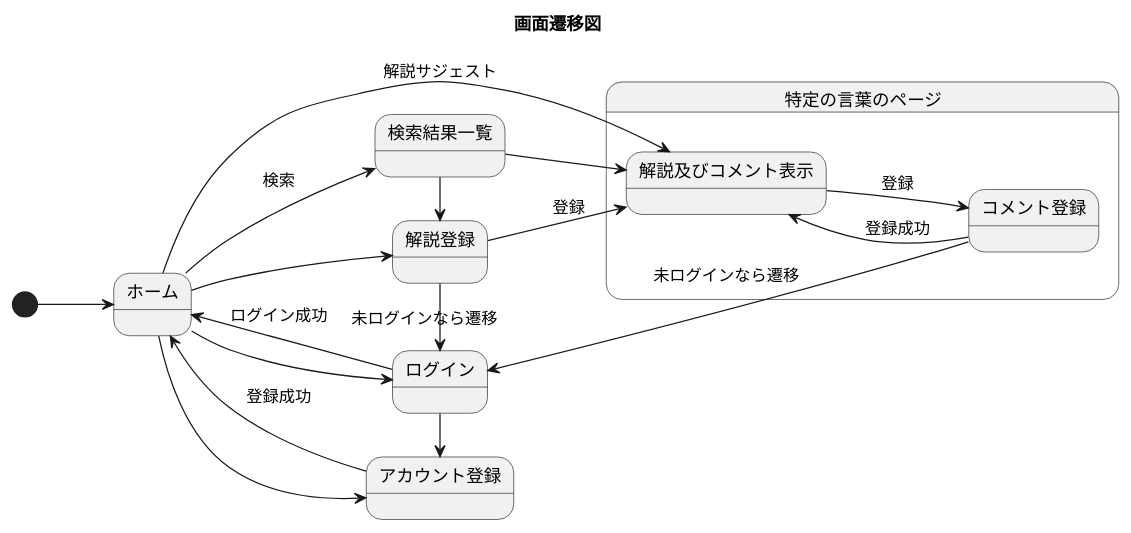
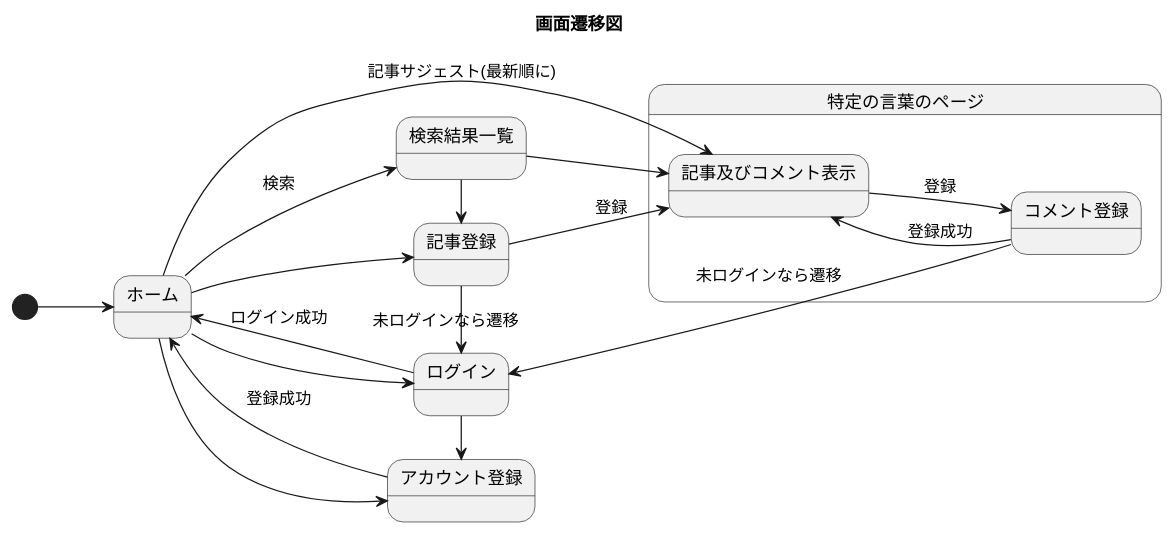
Before and after one commit to yu-suke0919/dxd_glossary_rails: the diagram in docs/plantuml/アプリ_画面遷移図.pu, drawn with PlantUML.

Commit message:
仕様に合わせてワードを統一

```diff
--- a/docs/plantuml/アプリ_画面遷移図.pu
+++ b/docs/plantuml/アプリ_画面遷移図.pu
@@ -1,42 +1,42 @@
 @startuml
 left to right direction
 title 画面遷移図
 
 state ホーム
 state ログイン
 state アカウント登録
 state 検索結果一覧
-state 解説登録
+state 記事登録
 state 特定の言葉のページ{
-  state "解説及びコメント表示" as 解説表示
+  state "記事及びコメント表示" as 記事表示
   state コメント登録
   
-  解説表示 -[hidden]-> コメント登録
+  記事表示 -[hidden]-> コメント登録
 }
 
 [*] --> ホーム
 
-ホーム --> 解説表示 :解説サジェスト
+ホーム --> 記事表示 :記事サジェスト(最新順に)
 ホーム --> 検索結果一覧 :検索
-ホーム --> 解説登録
+ホーム --> 記事登録
 ホーム --> アカウント登録
 ホーム --> ログイン
 
 ホーム <-- ログイン :ログイン成功
 ホーム <-- アカウント登録 : 登録成功
 
-解説登録 -> ログイン :未ログインなら遷移
+記事登録 -> ログイン :未ログインなら遷移
 ログイン -> アカウント登録
 
 
-検索結果一覧 -> 解説登録
-検索結果一覧 --> 解説表示
-解説登録 --> 解説表示 : 登録
+検索結果一覧 -> 記事登録
+検索結果一覧 --> 記事表示
+記事登録 --> 記事表示 : 登録
 
-解説表示 --> コメント登録 : 登録
-解説表示 <-- コメント登録 : 登録成功
+記事表示 --> コメント登録 : 登録
+記事表示 <-- コメント登録 : 登録成功
 
 ログイン <-up-- コメント登録 : 未ログインなら遷移
 
 
 @enduml
```
